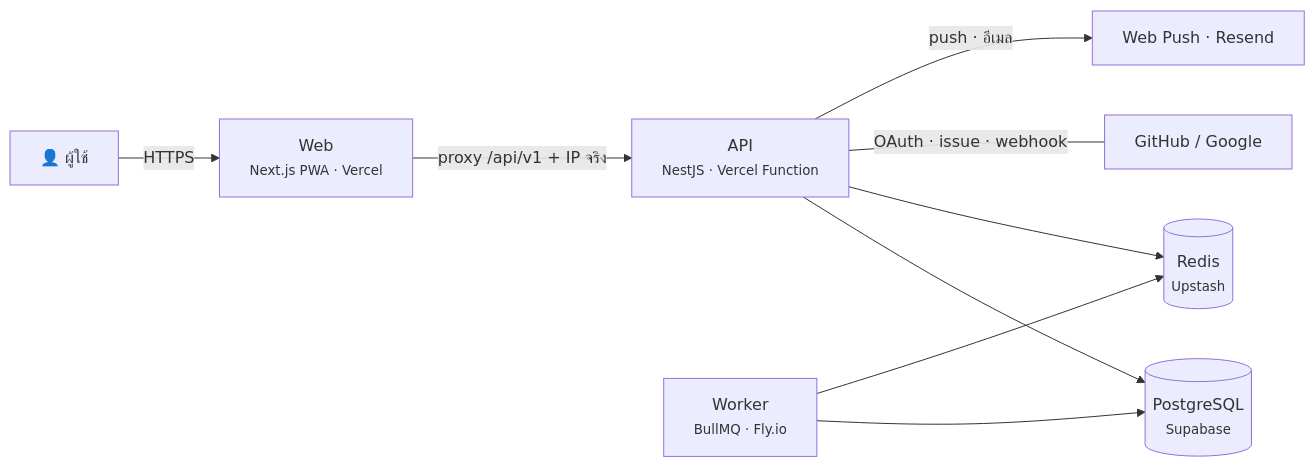
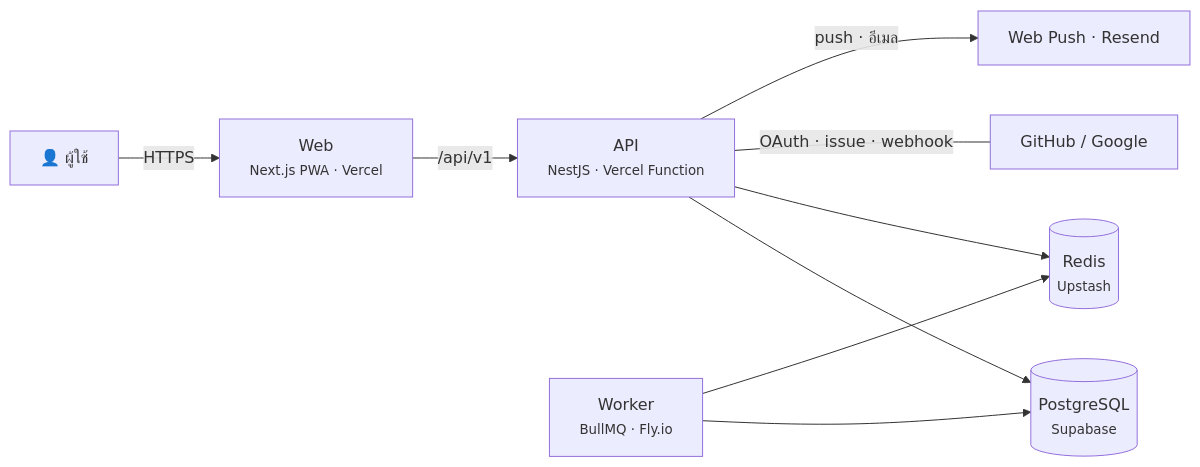
One commit to J-22-P/nosion changed the diagram in README.md. Above: the diagram before and after it, drawn with Mermaid. The commit also changed other lines of this file and 5 other files, not shown here.

````diff
--- a/README.md
+++ b/README.md
@@ -103,11 +68,11 @@
 ```mermaid
 flowchart LR
   user["👤 ผู้ใช้"] -- HTTPS --> web["Web<br/><small>Next.js PWA · Vercel</small>"]
-  web -- "proxy /api/v1 + IP จริง" --> api["API<br/><small>NestJS · Vercel Function</small>"]
+  web -- "/api/v1" --> api["API<br/><small>NestJS · Vercel Function</small>"]
   api --> db[("PostgreSQL<br/><small>Supabase</small>")]
   api --> redis[("Redis<br/><small>Upstash</small>")]
   worker["Worker<br/><small>BullMQ · Fly.io</small>"] --> db
   worker --> redis
   api -- "OAuth · issue · webhook" --- github["GitHub / Google"]
   api -- "push · อีเมล" --> notify["Web Push · Resend"]
 ```
````
